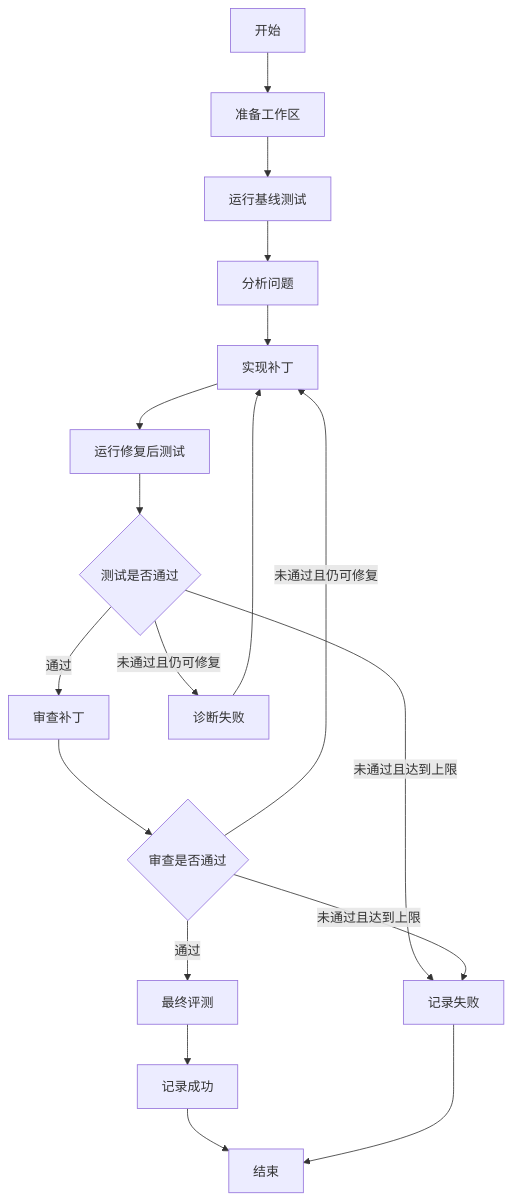
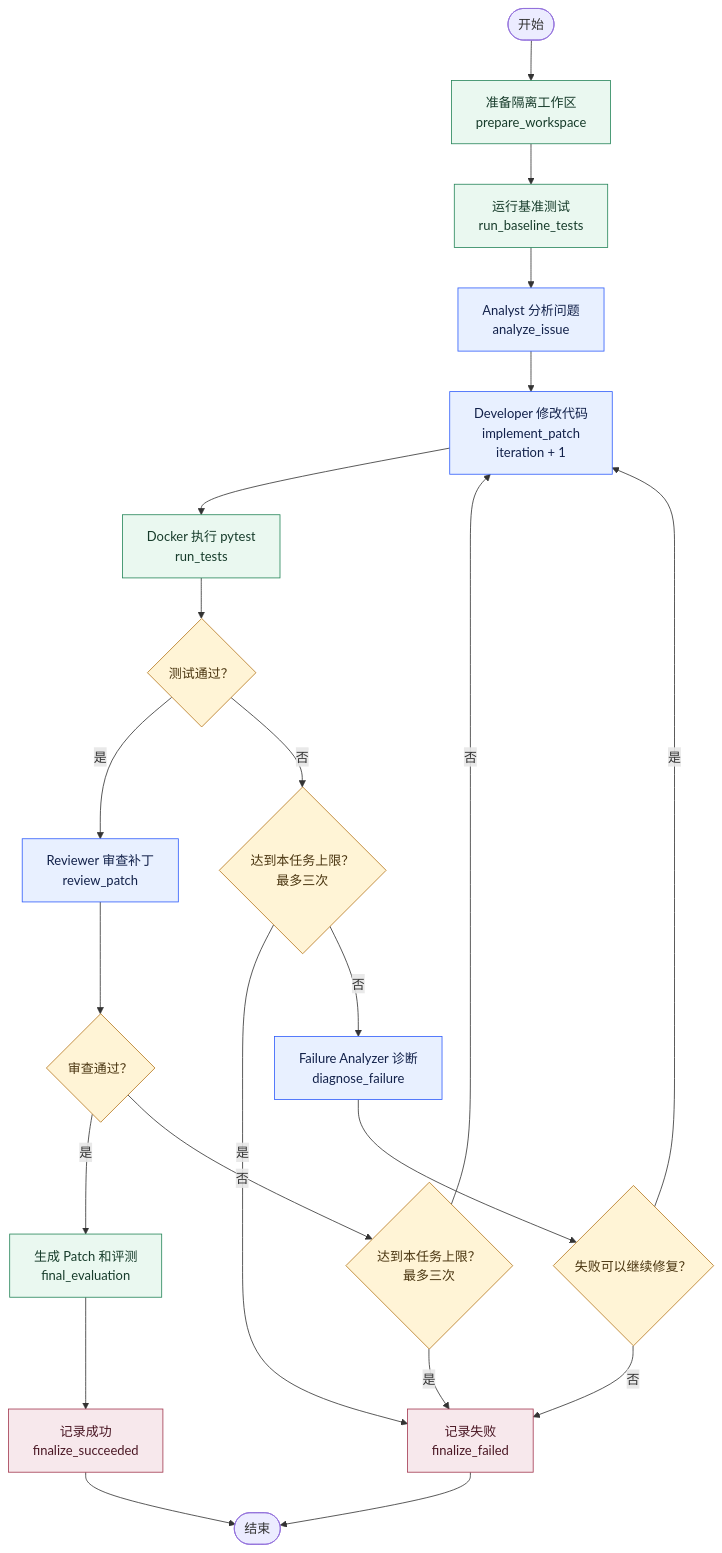
One commit to chengyu798/EvoDev changed the third of 3 diagrams in docs/02-系统架构设计.md. Above: the diagram before and after it, drawn with Mermaid. The commit also changed other lines of this file and 93 other files, not shown here.

````diff
--- a/docs/02-系统架构设计.md
+++ b/docs/02-系统架构设计.md
@@ -251,20 +256,37 @@
 ```mermaid
 flowchart TD
-    START[开始] --> PREPARE[准备工作区]
-    PREPARE --> BASELINE[运行基线测试]
-    BASELINE --> ANALYZE[分析问题]
-    ANALYZE --> IMPLEMENT[实现补丁]
-    IMPLEMENT --> TEST[运行修复后测试]
-    TEST --> TEST_ROUTE{测试是否通过}
-    TEST_ROUTE -->|通过| REVIEW[审查补丁]
-    TEST_ROUTE -->|未通过且仍可修复| DIAGNOSE[诊断失败]
-    TEST_ROUTE -->|未通过且达到上限| FAIL[记录失败]
-    DIAGNOSE --> IMPLEMENT
-    REVIEW --> REVIEW_ROUTE{审查是否通过}
-    REVIEW_ROUTE -->|通过| EVALUATE[最终评测]
-    REVIEW_ROUTE -->|未通过且仍可修复| IMPLEMENT
-    REVIEW_ROUTE -->|未通过且达到上限| FAIL
-    EVALUATE --> SUCCESS[记录成功]
-    SUCCESS --> END[结束]
-    FAIL --> END
+    START([开始]) --> PREPARE[准备隔离工作区<br/>prepare_workspace]
+    PREPARE --> BASELINE[运行基准测试<br/>run_baseline_tests]
+    BASELINE --> ANALYST[Analyst 分析问题<br/>analyze_issue]
+    ANALYST --> DEVELOPER[Developer 修改代码<br/>implement_patch<br/>iteration + 1]
+    DEVELOPER --> TEST[Docker 执行 pytest<br/>run_tests]
+
+    TEST --> TEST_PASS{测试通过？}
+    TEST_PASS -->|是| REVIEWER[Reviewer 审查补丁<br/>review_patch]
+    TEST_PASS -->|否| TEST_LIMIT{达到本任务上限？<br/>最多三次}
+    TEST_LIMIT -->|是| FAILED[记录失败<br/>finalize_failed]
+    TEST_LIMIT -->|否| FAILURE_ANALYZER[Failure Analyzer 诊断<br/>diagnose_failure]
+
+    FAILURE_ANALYZER --> RETRYABLE{失败可以继续修复？}
+    RETRYABLE -->|是| DEVELOPER
+    RETRYABLE -->|否| FAILED
+
+    REVIEWER --> REVIEW_PASS{审查通过？}
+    REVIEW_PASS -->|是| EVALUATION[生成 Patch 和评测<br/>final_evaluation]
+    REVIEW_PASS -->|否| REVIEW_LIMIT{达到本任务上限？<br/>最多三次}
+    REVIEW_LIMIT -->|否| DEVELOPER
+    REVIEW_LIMIT -->|是| FAILED
+
+    EVALUATION --> SUCCEEDED[记录成功<br/>finalize_succeeded]
+    SUCCEEDED --> END([结束])
+    FAILED --> END
+
+    classDef agent fill:#E8F0FF,stroke:#315EFB,color:#12214A;
+    classDef deterministic fill:#EAF8F0,stroke:#27865A,color:#173C2B;
+    classDef decision fill:#FFF4D6,stroke:#B7791F,color:#4A3510;
+    classDef terminal fill:#F7E8EC,stroke:#A33A52,color:#4A1724;
+    class ANALYST,DEVELOPER,FAILURE_ANALYZER,REVIEWER agent;
+    class PREPARE,BASELINE,TEST,EVALUATION deterministic;
+    class TEST_PASS,TEST_LIMIT,RETRYABLE,REVIEW_PASS,REVIEW_LIMIT decision;
+    class FAILED,SUCCEEDED terminal;
 ```
````
